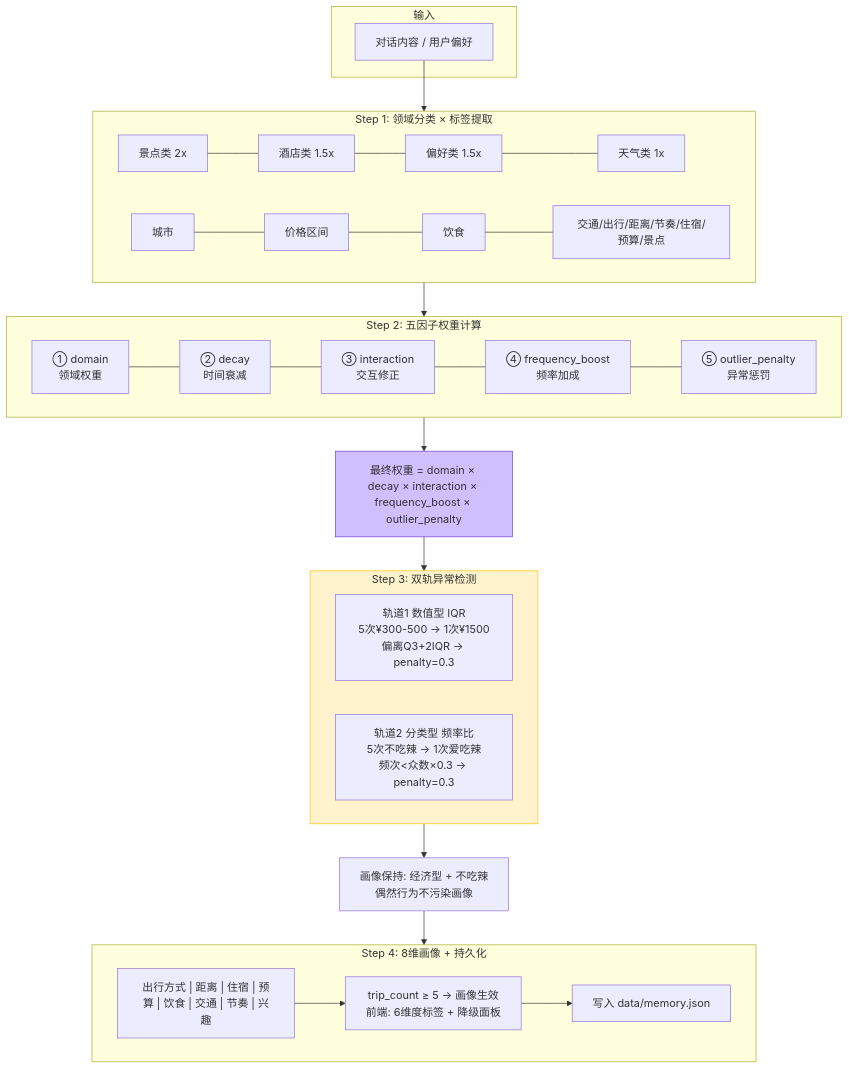
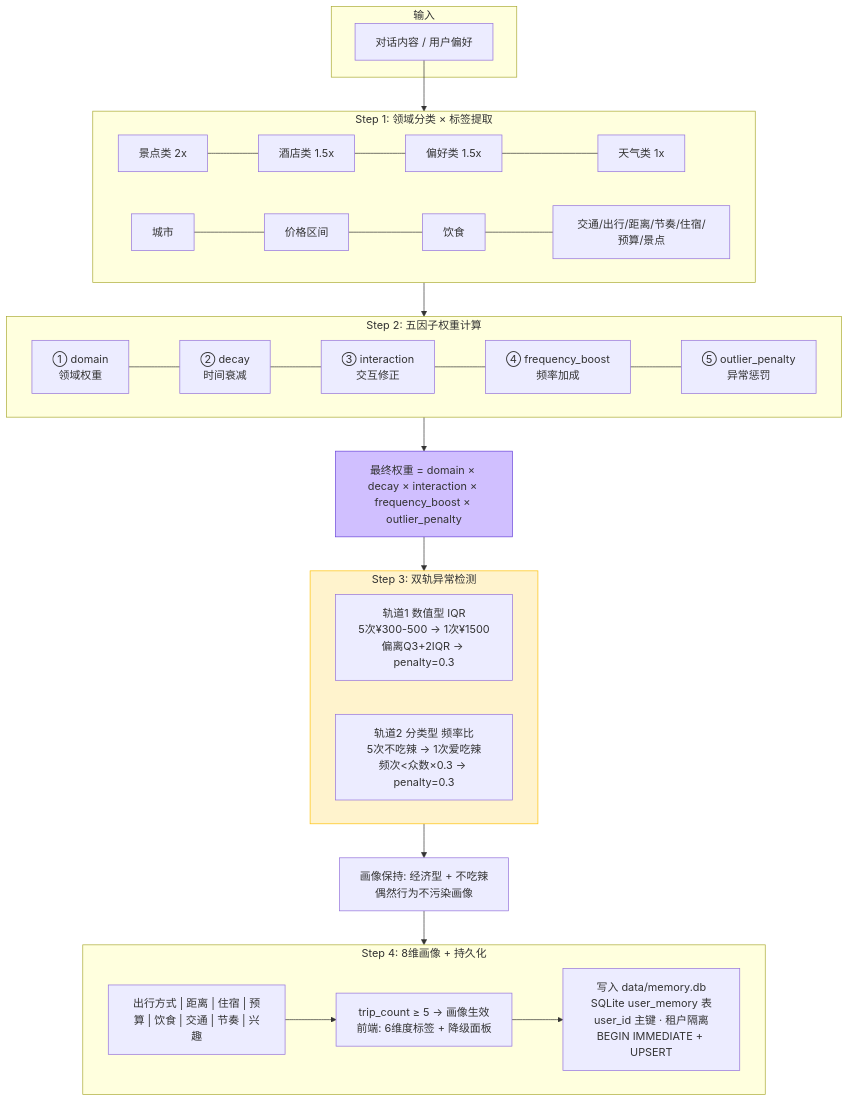
One commit to SuperGODOG/tripplanner changed the fifth of 7 diagrams in ARCHITECTURE.md. Above: the diagram before and after it, drawn with Mermaid. The commit also changed other lines of this file and 25 other files, not shown here.

````diff
--- a/ARCHITECTURE.md
+++ b/ARCHITECTURE.md
@@ -232,44 +221,44 @@
 ```mermaid
 flowchart TB
     subgraph Input["输入"]
         DIALOG["对话内容 / 用户偏好"]
     end
 
     subgraph Step1["Step 1: 领域分类 × 标签提取"]
         direction LR
         C1["景点类 2x"] --- C2["酒店类 1.5x"] --- C3["偏好类 1.5x"] --- C4["天气类 1x"]
         T1["城市"] --- T2["价格区间"] --- T3["饮食"] --- T4["交通/出行/距离/节奏/住宿/预算/景点"]
     end
 
     subgraph Step2["Step 2: 五因子权重计算"]
         direction LR
         F1["① domain<br/>领域权重"] --- F2["② decay<br/>时间衰减"] --- F3["③ interaction<br/>交互修正"] --- F4["④ frequency_boost<br/>频率加成"] --- F5["⑤ outlier_penalty<br/>异常惩罚"]
     end
 
     FORMULA["最终权重 = domain × decay × interaction × frequency_boost × outlier_penalty"]
 
     subgraph Step3["Step 3: 双轨异常检测"]
         direction LR
         T1A["轨道1 数值型 IQR<br/>5次¥300-500 → 1次¥1500<br/>偏离Q3+2IQR → penalty=0.3"]
         T2A["轨道2 分类型 频率比<br/>5次不吃辣 → 1次爱吃辣<br/>频次<众数×0.3 → penalty=0.3"]
     end
 
     RESULT["画像保持: 经济型 + 不吃辣<br/>偶然行为不污染画像"]
 
     subgraph Step4["Step 4: 8维画像 + 持久化"]
         DIMS["出行方式 | 距离 | 住宿 | 预算 | 饮食 | 交通 | 节奏 | 兴趣"]
         GATE["trip_count ≥ 5 → 画像生效<br/>前端: 6维度标签 + 降级面板"]
-        STORE["写入 data/memory.json"]
+        STORE["写入 data/memory.db<br/>SQLite user_memory 表<br/>user_id 主键 · 租户隔离<br/>BEGIN IMMEDIATE + UPSERT"]
     end
 
     DIALOG --> Step1
     Step1 --> Step2
     Step2 --> FORMULA
     FORMULA --> Step3
     Step3 --> RESULT
     RESULT --> Step4
     DIMS --> GATE --> STORE
 
     style Step3 fill:#fff3cd,stroke:#ffc107
     style FORMULA fill:#d0bfff,stroke:#6741d9
 ```
````
